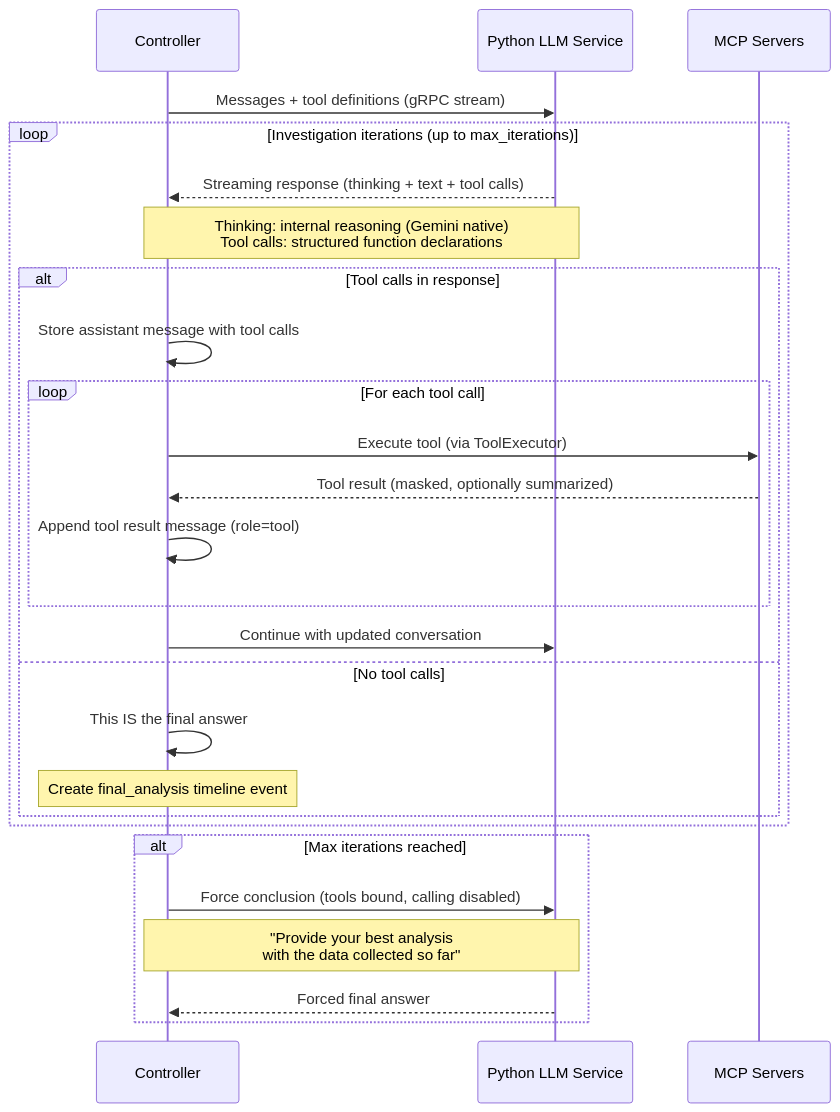
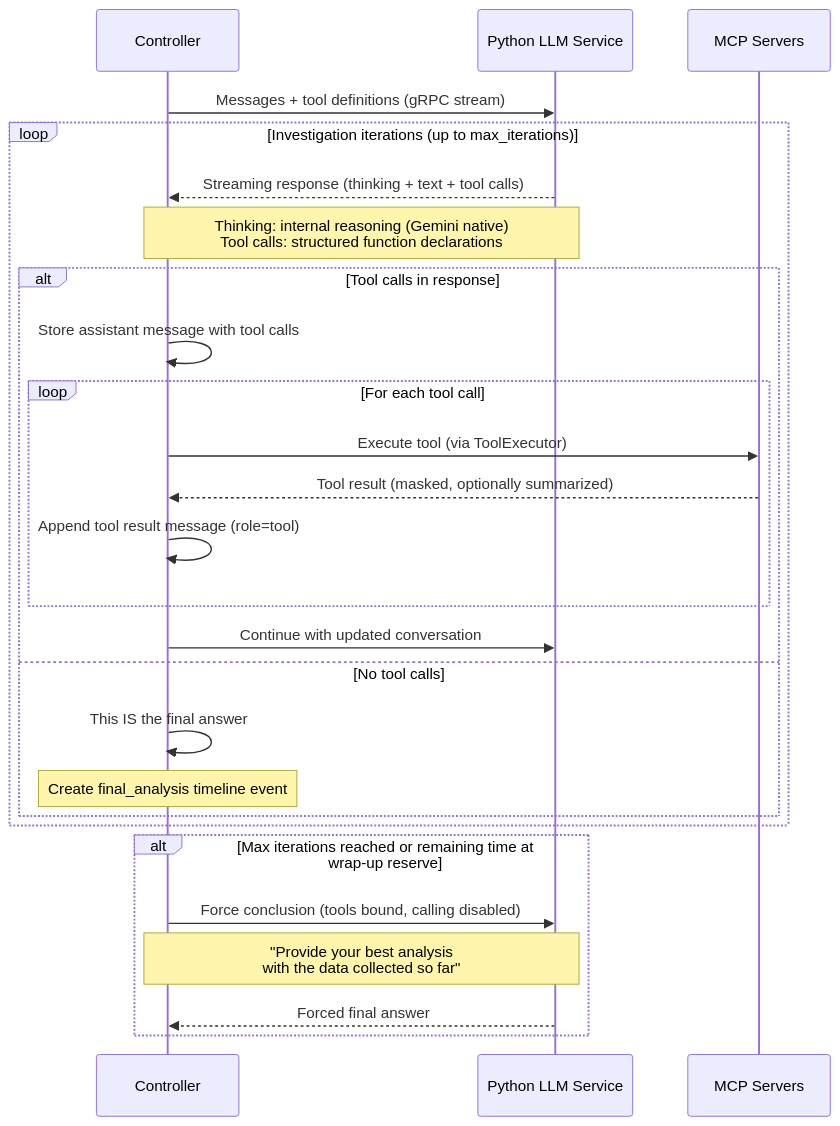
One commit to codeready-toolchain/tarsy changed the fourth of 6 diagrams in docs/architecture-overview.md. Above: the diagram before and after it, drawn with Mermaid. The commit also changed other lines of this file and 51 other files, not shown here.

````diff
--- a/docs/architecture-overview.md
+++ b/docs/architecture-overview.md
@@ -331,32 +331,32 @@
 ```mermaid
 sequenceDiagram
     participant C as Controller
     participant LLM as Python LLM Service
     participant MCP as MCP Servers
 
     C->>LLM: Messages + tool definitions (gRPC stream)
 
     loop Investigation iterations (up to max_iterations)
         LLM-->>C: Streaming response (thinking + text + tool calls)
         Note over LLM,C: Thinking: internal reasoning (Gemini native)<br/>Tool calls: structured function declarations
 
         alt Tool calls in response
             C->>C: Store assistant message with tool calls
             loop For each tool call
                 C->>MCP: Execute tool (via ToolExecutor)
                 MCP-->>C: Tool result (masked, optionally summarized)
                 C->>C: Append tool result message (role=tool)
             end
             C->>LLM: Continue with updated conversation
         else No tool calls
             C->>C: This IS the final answer
             Note over C: Create final_analysis timeline event
         end
     end
 
-    alt Max iterations reached
+    alt Max iterations reached or remaining time at wrap-up reserve
         C->>LLM: Force conclusion (tools bound, calling disabled)
         Note over C,LLM: "Provide your best analysis<br/>with the data collected so far"
         LLM-->>C: Forced final answer
     end
 ```
````
